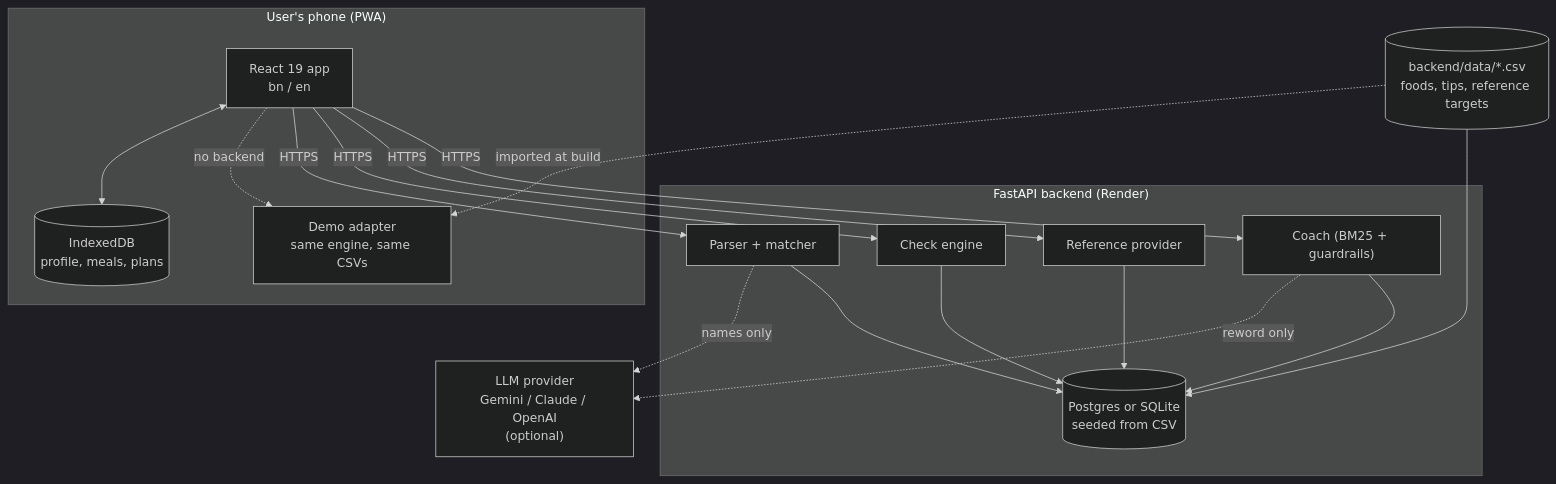
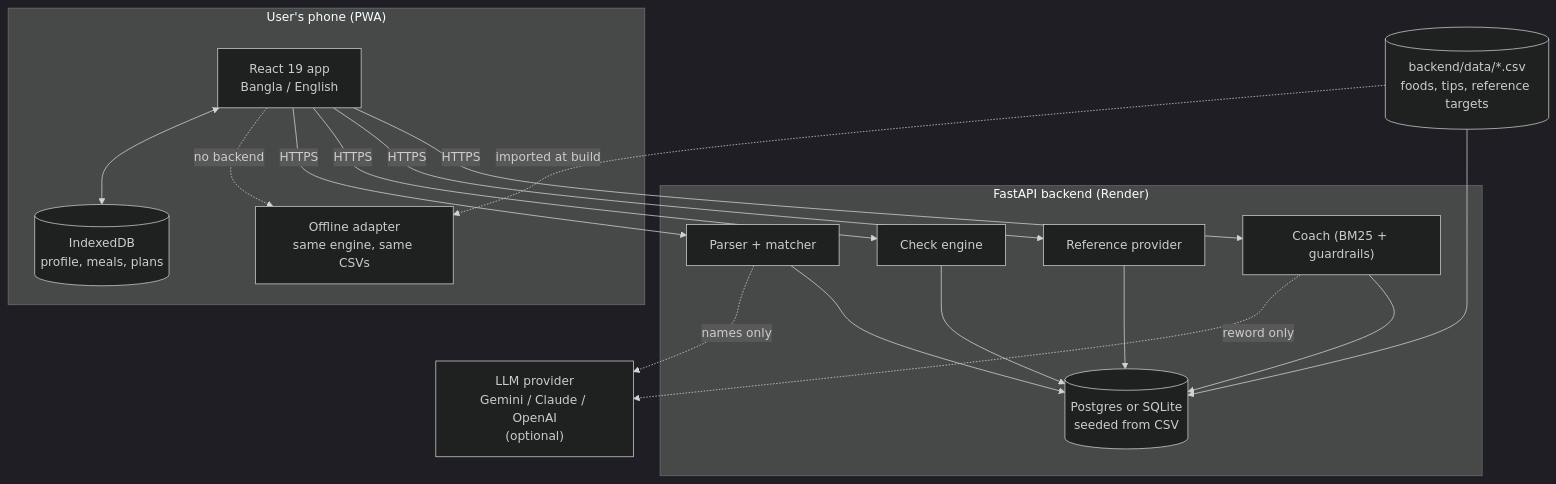
Before and after one commit to es-ratt/edibyte: the fourth of 6 diagrams in README.md, drawn with Mermaid (dark theme). The commit also changed other lines of this file, not shown here.

````diff
--- a/README.md
+++ b/README.md
@@ -208,26 +202,26 @@
 ```mermaid
 flowchart TB
     subgraph Phone["User's phone (PWA)"]
-        UI["React 19 app<br/>bn / en"]
+        UI["React 19 app<br/>Bangla / English"]
         IDB[("IndexedDB<br/>profile, meals, plans")]
-        DEMO["Demo adapter<br/>same engine, same CSVs"]
+        DEMO["Offline adapter<br/>same engine, same CSVs"]
         UI <--> IDB
         UI -. no backend .-> DEMO
     end
     subgraph Server["FastAPI backend (Render)"]
         P["Parser + matcher"]
         CK["Check engine"]
         RF["Reference provider"]
         CO["Coach (BM25 + guardrails)"]
         DB[("Postgres or SQLite<br/>seeded from CSV")]
     end
     LLM["LLM provider<br/>Gemini / Claude / OpenAI<br/>(optional)"]
     CSV[("backend/data/*.csv<br/>foods, tips, reference targets")]
 
     UI -- HTTPS --> P & CK & RF & CO
     P -. names only .-> LLM
     CO -. reword only .-> LLM
     CSV --> DB
     CSV -. imported at build .-> DEMO
     P & CK & RF & CO --> DB
 ```
````
